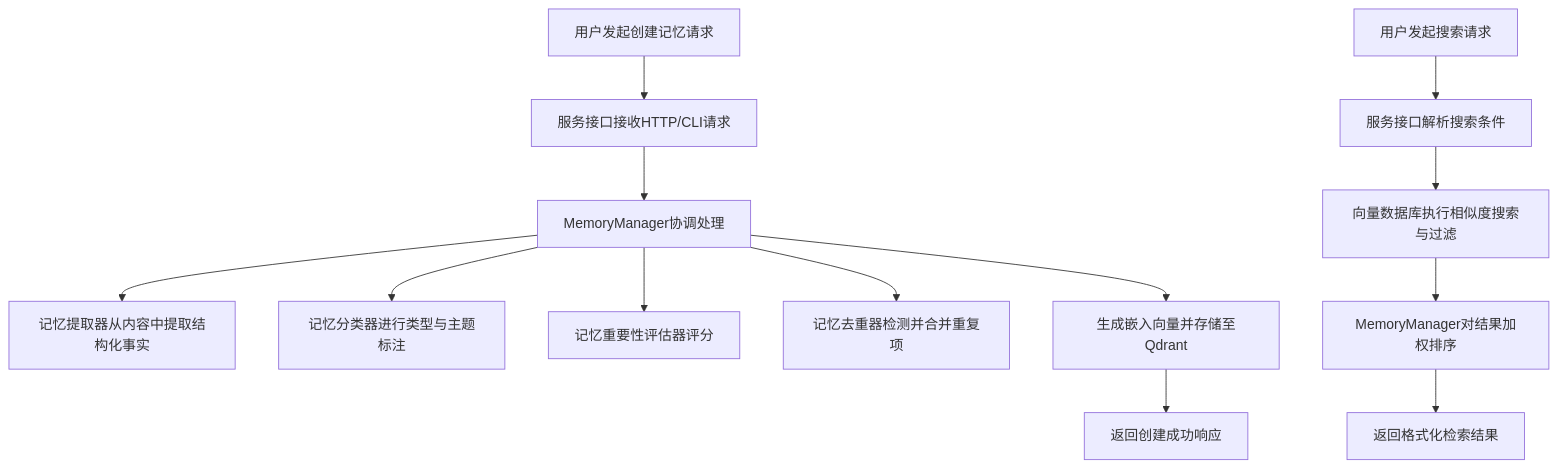
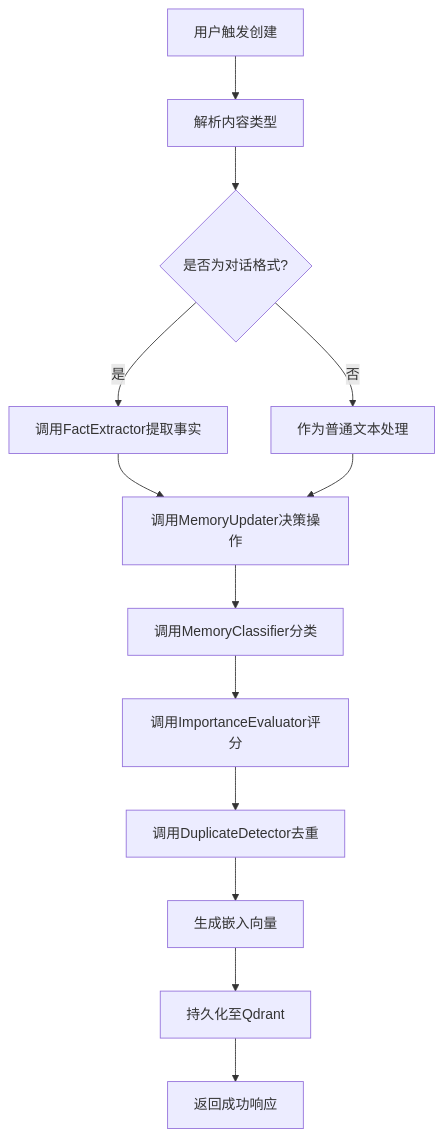
The second of 5 diagrams in litho.docs/3、工作流程.md (sopaco/cortex-mem), drawn with Mermaid before and after one commit. The commit also changed other lines of this file and 16 other files, not shown here.

````diff
--- a/litho.docs/3、工作流程.md
+++ b/litho.docs/3、工作流程.md
@@ -82,16 +98,15 @@
 ```mermaid
 graph TD
-    A[用户发起创建记忆请求] --> B[服务接口接收HTTP/CLI请求]
-    B --> C[MemoryManager协调处理]
-    C --> D[记忆提取器从内容中提取结构化事实]
-    C --> E[记忆分类器进行类型与主题标注]
-    C --> F[记忆重要性评估器评分]
-    C --> G[记忆去重器检测并合并重复项]
-    C --> H[生成嵌入向量并存储至Qdrant]
-    H --> I[返回创建成功响应]
-    
-    J[用户发起搜索请求] --> K[服务接口解析搜索条件]
-    K --> L[向量数据库执行相似度搜索与过滤]
-    L --> M[MemoryManager对结果加权排序]
-    M --> N[返回格式化检索结果]
+    A[用户触发创建] --> B[解析内容类型]
+    B --> C{是否为对话格式?}
+    C -->|是| D[调用FactExtractor提取事实]
+    C -->|否| E[作为普通文本处理]
+    D --> F[调用MemoryUpdater决策操作]
+    E --> F
+    F --> G[调用MemoryClassifier分类]
+    G --> H[调用ImportanceEvaluator评分]
+    H --> I[调用DuplicateDetector去重]
+    I --> J[生成嵌入向量]
+    J --> K[持久化至Qdrant]
+    K --> L[返回成功响应]
 ```
````
